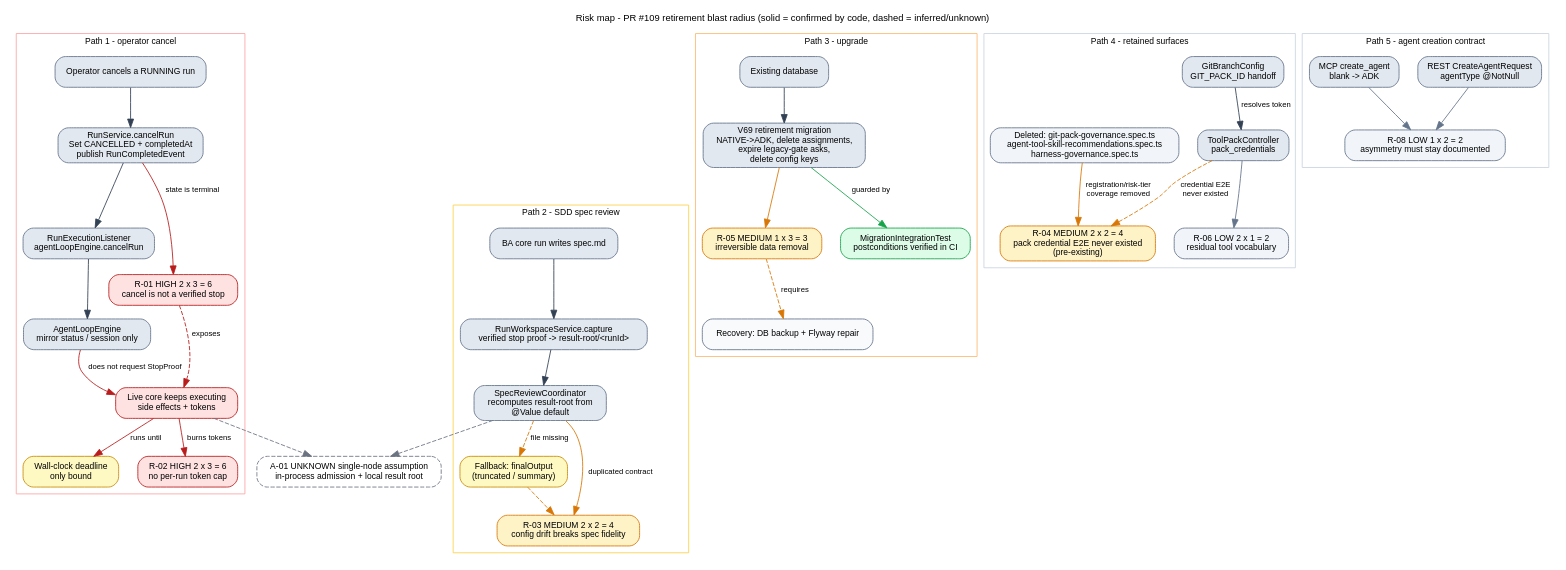
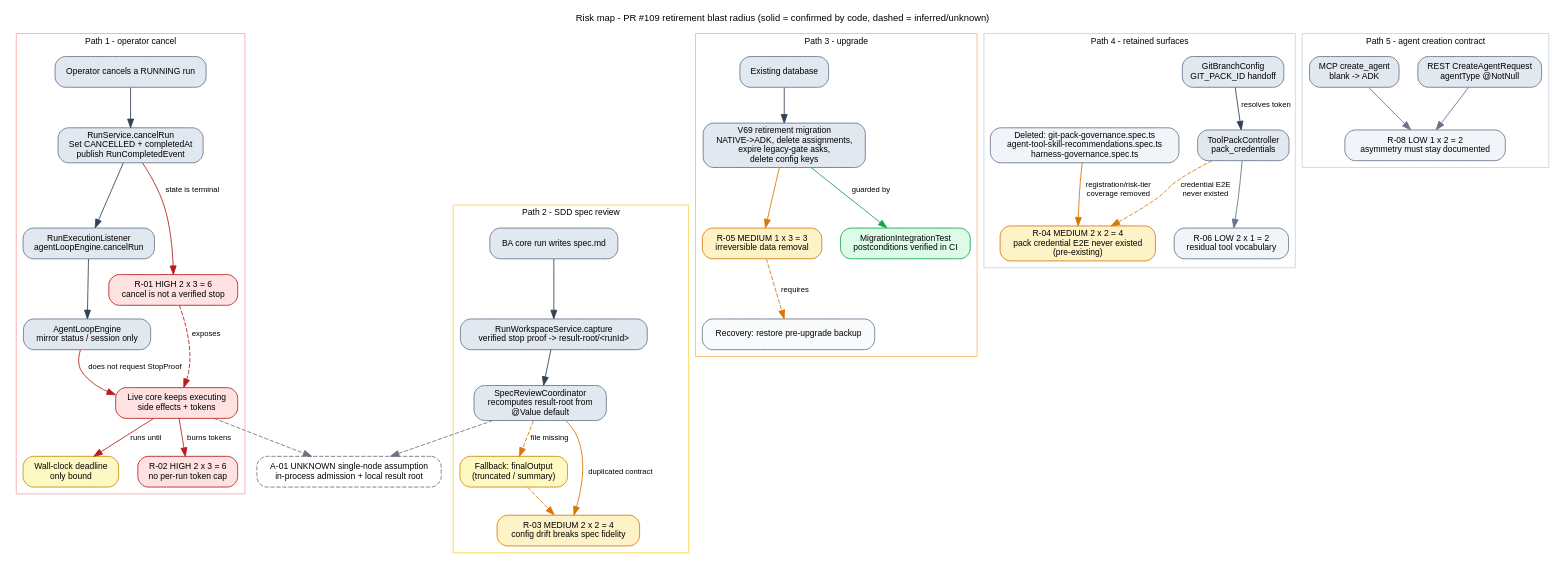
Before and after one commit to HappyLiang12/aria-conductor: the diagram in docs/reviews/2026-10-21-pr109-legacy-execution-retirement/risk-map.dot, drawn with Graphviz. The commit also changed 2 other files, not shown here.

Commit message:
docs(review): align V69 recovery wording with backup restore

```diff
--- a/docs/reviews/2026-10-21-pr109-legacy-execution-retirement/risk-map.dot
+++ b/docs/reviews/2026-10-21-pr109-legacy-execution-retirement/risk-map.dot
@@ -1,93 +1,93 @@
 digraph RiskMap {
   rankdir=TB;
   graph [fontname="Helvetica", fontsize=11, nodesep=0.3, ranksep=0.45, labelloc="t",
          label="Risk map - PR #109 retirement blast radius (solid = confirmed by code, dashed = inferred/unknown)"];
   node [shape=box, style="rounded,filled", fontname="Helvetica", fontsize=10, fillcolor="#f8fafc", color="#64748b"];
   edge [fontname="Helvetica", fontsize=9];
 
   subgraph cluster_cancel {
     label="Path 1 - operator cancel";
     fontsize=10;
     color="#fca5a5";
     op [label="Operator cancels a RUNNING run", fillcolor="#e2e8f0"];
     rs [label="RunService.cancelRun\nSet CANCELLED + completedAt\npublish RunCompletedEvent", fillcolor="#e2e8f0"];
     rel [label="RunExecutionListener\nagentLoopEngine.cancelRun", fillcolor="#e2e8f0"];
     eng [label="AgentLoopEngine\nmirror status / session only", fillcolor="#e2e8f0"];
     core_live [label="Live core keeps executing\nside effects + tokens", fillcolor="#fee2e2", color="#b91c1c"];
     deadline [label="Wall-clock deadline\nonly bound", fillcolor="#fef9c3", color="#ca8a04"];
     r01 [label="R-01 HIGH 2 x 3 = 6\ncancel is not a verified stop", fillcolor="#fee2e2", color="#b91c1c"];
     r02 [label="R-02 HIGH 2 x 3 = 6\nno per-run token cap", fillcolor="#fee2e2", color="#b91c1c"];
 
     op -> rs -> rel -> eng [color="#334155"];
     rs -> r01 [label="state is terminal", color="#b91c1c"];
     core_live -> deadline [label="runs until", color="#b91c1c"];
     core_live -> r02 [label="burns tokens", color="#b91c1c"];
     eng -> core_live [label="does not request StopProof", color="#b91c1c"];
     r01 -> core_live [style=dashed, label="exposes", color="#b91c1c"];
   }
 
   subgraph cluster_sdd {
     label="Path 2 - SDD spec review";
     fontsize=10;
     color="#fcd34d";
     ba [label="BA core run writes spec.md", fillcolor="#e2e8f0"];
     capture [label="RunWorkspaceService.capture\nverified stop proof -> result-root/<runId>", fillcolor="#e2e8f0"];
     coord [label="SpecReviewCoordinator\nrecomputes result-root from\n@Value default", fillcolor="#e2e8f0"];
     fallback [label="Fallback: finalOutput\n(truncated / summary)", fillcolor="#fef9c3", color="#ca8a04"];
     r03 [label="R-03 MEDIUM 2 x 2 = 4\nconfig drift breaks spec fidelity", fillcolor="#fef3c7", color="#d97706"];
 
     ba -> capture -> coord [color="#334155"];
     coord -> fallback [label="file missing", style=dashed, color="#d97706"];
     coord -> r03 [label="duplicated contract", color="#d97706"];
     fallback -> r03 [style=dashed, color="#d97706"];
   }
 
   subgraph cluster_upgrade {
     label="Path 3 - upgrade";
     fontsize=10;
     color="#fdba74";
     db [label="Existing database", fillcolor="#e2e8f0"];
     v69 [label="V69 retirement migration\nNATIVE->ADK, delete assignments,\nexpire legacy-gate asks,\ndelete config keys", fillcolor="#e2e8f0"];
-    backup [label="Recovery: DB backup + Flyway repair", fillcolor="#f8fafc"];
+    backup [label="Recovery: restore pre-upgrade backup", fillcolor="#f8fafc"];
     r05 [label="R-05 MEDIUM 1 x 3 = 3\nirreversible data removal", fillcolor="#fef3c7", color="#d97706"];
     migtest [label="MigrationIntegrationTest\npostconditions verified in CI", fillcolor="#dcfce7", color="#16a34a"];
 
     db -> v69 [color="#334155"];
     v69 -> r05 [color="#d97706"];
     r05 -> backup [style=dashed, label="requires", color="#d97706"];
     v69 -> migtest [label="guarded by", color="#16a34a"];
   }
 
   subgraph cluster_retained {
     label="Path 4 - retained surfaces";
     fontsize=10;
     color="#cbd5e1";
     packs [label="ToolPackController\npack_credentials", fillcolor="#e2e8f0"];
     git [label="GitBranchConfig\nGIT_PACK_ID handoff", fillcolor="#e2e8f0"];
     deleted_e2e [label="Deleted: git-pack-governance.spec.ts\nagent-tool-skill-recommendations.spec.ts\nharness-governance.spec.ts", fillcolor="#f1f5f9"];
     r04 [label="R-04 MEDIUM 2 x 2 = 4\npack credential E2E never existed\n(pre-existing)", fillcolor="#fef3c7", color="#d97706"];
     r06 [label="R-06 LOW 2 x 1 = 2\nresidual tool vocabulary", fillcolor="#f1f5f9"];
 
     git -> packs [label="resolves token", color="#334155"];
     packs -> r06 [color="#64748b"];
     deleted_e2e -> r04 [label="registration/risk-tier\ncoverage removed", color="#d97706"];
     packs -> r04 [style=dashed, label="credential E2E\nnever existed", color="#d97706"];
   }
 
   subgraph cluster_contract {
     label="Path 5 - agent creation contract";
     fontsize=10;
     color="#cbd5e1";
     rest [label="REST CreateAgentRequest\nagentType @NotNull", fillcolor="#e2e8f0"];
     mcp [label="MCP create_agent\nblank -> ADK", fillcolor="#e2e8f0"];
     r08 [label="R-08 LOW 1 x 2 = 2\nasymmetry must stay documented", fillcolor="#f1f5f9"];
 
     rest -> r08 [color="#64748b"];
     mcp -> r08 [color="#64748b"];
   }
 
   assumption [shape=box, style="rounded,dashed,filled", fillcolor="#ffffff", color="#6b7280",
               label="A-01 UNKNOWN single-node assumption\nin-process admission + local result root"];
   coord -> assumption [style=dashed, color="#6b7280"];
   core_live -> assumption [style=dashed, color="#6b7280"];
 }
```
